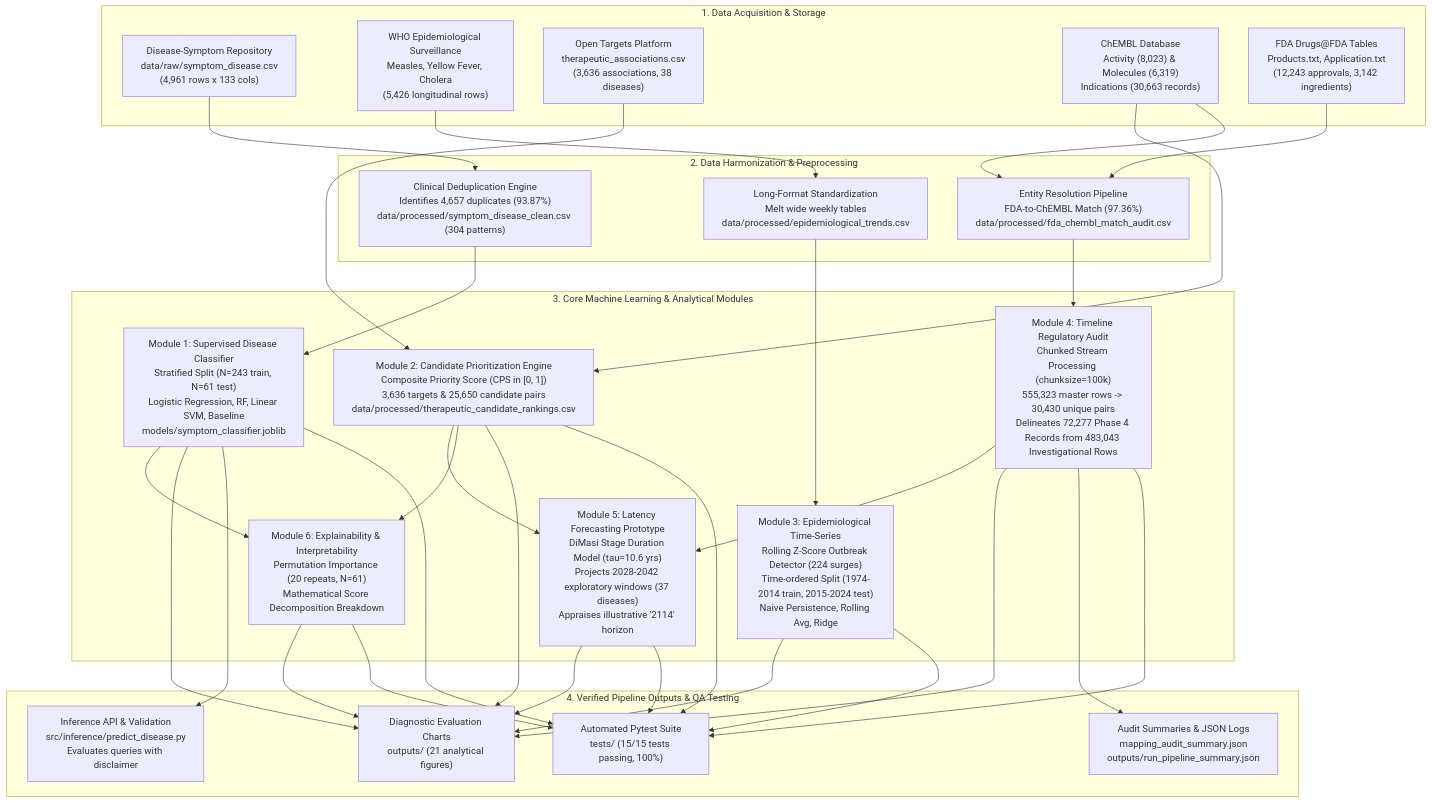
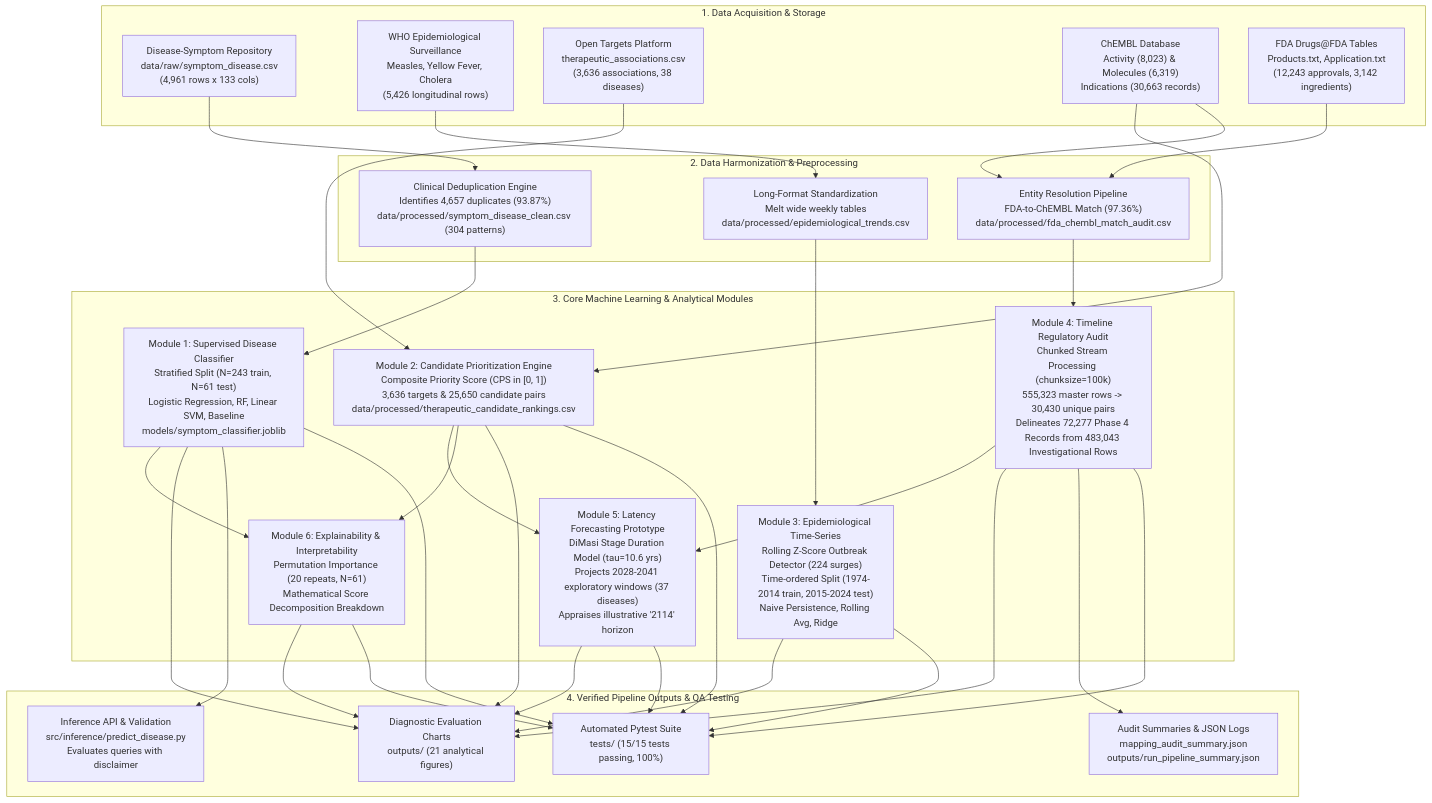
Before and after one commit to Yuvaresh/TheraLens: the diagram in docs/theralens_review2_report.md, drawn with Mermaid. The commit also changed other lines of this file and 129 other files, not shown here.

````diff
--- a/docs/theralens_review2_report.md
+++ b/docs/theralens_review2_report.md
@@ -71,46 +71,46 @@
 ```mermaid
 flowchart TD
     subgraph S1["1. Data Acquisition & Storage"]
         D1["Disease-Symptom Repository<br/>data/raw/symptom_disease.csv<br/>(4,961 rows x 133 cols)"]
         D2["WHO Epidemiological Surveillance<br/>Measles, Yellow Fever, Cholera<br/>(5,426 longitudinal rows)"]
         D3["Open Targets Platform<br/>therapeutic_associations.csv<br/>(3,636 associations, 38 diseases)"]
         D4["ChEMBL Database<br/>Activity (8,023) & Molecules (6,319)<br/>Indications (30,663 records)"]
         D5["FDA Drugs@FDA Tables<br/>Products.txt, Application.txt<br/>(12,243 approvals, 3,142 ingredients)"]
     end
 
     subgraph S2["2. Data Harmonization & Preprocessing"]
         P1["Clinical Deduplication Engine<br/>Identifies 4,657 duplicates (93.87%)<br/>data/processed/symptom_disease_clean.csv (304 patterns)"]
         P2["Long-Format Standardization<br/>Melt wide weekly tables<br/>data/processed/epidemiological_trends.csv"]
         P3["Entity Resolution Pipeline<br/>FDA-to-ChEMBL Match (97.36%)<br/>data/processed/fda_chembl_match_audit.csv"]
     end
 
     subgraph S3["3. Core Machine Learning & Analytical Modules"]
         M1["Module 1: Supervised Disease Classifier<br/>Stratified Split (N=243 train, N=61 test)<br/>Logistic Regression, RF, Linear SVM, Baseline<br/>models/symptom_classifier.joblib"]
         M2["Module 2: Candidate Prioritization Engine<br/>Composite Priority Score (CPS in [0, 1])<br/>3,636 targets & 25,650 candidate pairs<br/>data/processed/therapeutic_candidate_rankings.csv"]
         M3["Module 3: Epidemiological Time-Series<br/>Rolling Z-Score Outbreak Detector (224 surges)<br/>Time-ordered Split (1974-2014 train, 2015-2024 test)<br/>Naive Persistence, Rolling Avg, Ridge"]
         M4["Module 4: Timeline Regulatory Audit<br/>Chunked Stream Processing (chunksize=100k)<br/>555,323 master rows -> 30,430 unique pairs<br/>Delineates 72,277 Phase 4 Records from 483,043 Investigational Rows"]
-        M5["Module 5: Latency Forecasting Prototype<br/>DiMasi Stage Duration Model (tau=10.6 yrs)<br/>Projects 2028-2042 exploratory windows (37 diseases)<br/>Appraises illustrative '2114' horizon"]
+        M5["Module 5: Latency Forecasting Prototype<br/>DiMasi Stage Duration Model (tau=10.6 yrs)<br/>Projects 2028-2041 exploratory windows (37 diseases)<br/>Appraises illustrative '2114' horizon"]
         M6["Module 6: Explainability & Interpretability<br/>Permutation Importance (20 repeats, N=61)<br/>Mathematical Score Decomposition Breakdown"]
     end
 
     subgraph S4["4. Verified Pipeline Outputs & QA Testing"]
         O1["Diagnostic Evaluation Charts<br/>outputs/ (21 analytical figures)"]
         O2["Inference API & Validation<br/>src/inference/predict_disease.py<br/>Evaluates queries with disclaimer"]
         O3["Audit Summaries & JSON Logs<br/>mapping_audit_summary.json<br/>outputs/run_pipeline_summary.json"]
         O4["Automated Pytest Suite<br/>tests/ (15/15 tests passing, 100%)"]
     end
 
     D1 --> P1 --> M1
     D2 --> P2 --> M3
     D3 & D4 --> M2
     D5 & D4 --> P3 --> M4
     M2 & M4 --> M5
     M1 & M2 --> M6
     M1 --> O1 & O2
     M2 --> O1
     M3 --> O1
     M4 --> O1 & O3
     M5 --> O1
     M6 --> O1
     M1 & M2 & M3 & M4 & M5 & M6 --> O4
 ```
````
